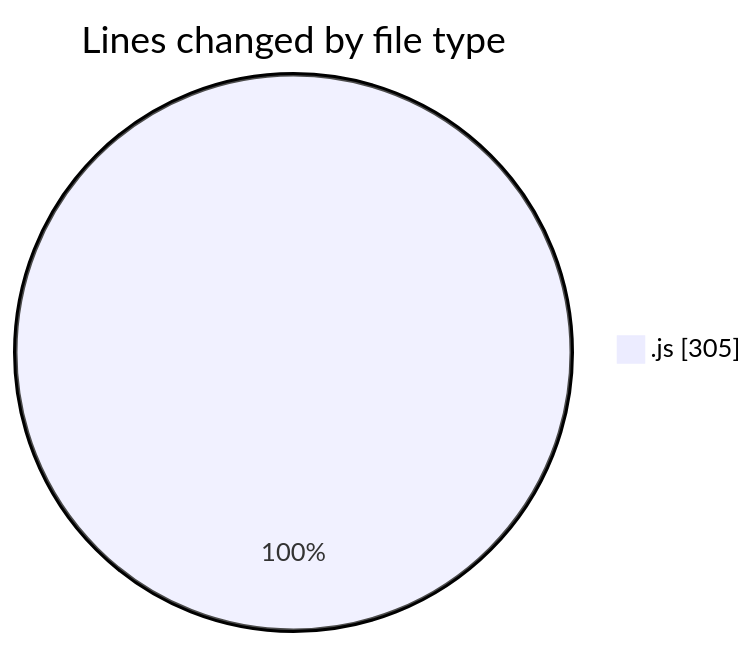
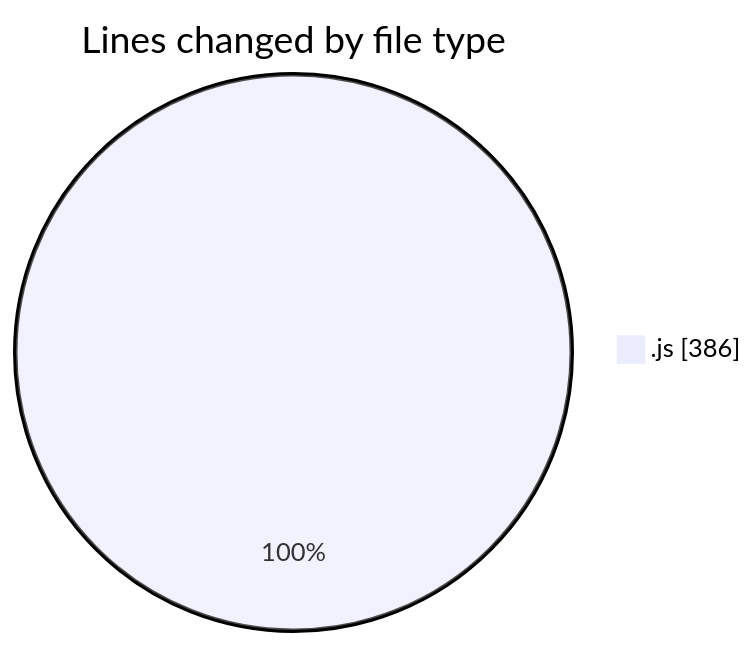
Before and after one commit to nxtqubesakshisongat/code-tracking: the first of 2 diagrams in 2026-04-27/calcapp/README.md, drawn with Mermaid. The commit also changed other lines of this file and 1 other file, not shown here.

````diff
--- a/2026-04-27/calcapp/README.md
+++ b/2026-04-27/calcapp/README.md
@@ -20,5 +20,5 @@
 ```mermaid
 pie showData
 title Lines changed by file type
-".js" : 305
+".js" : 386
 ```
````
